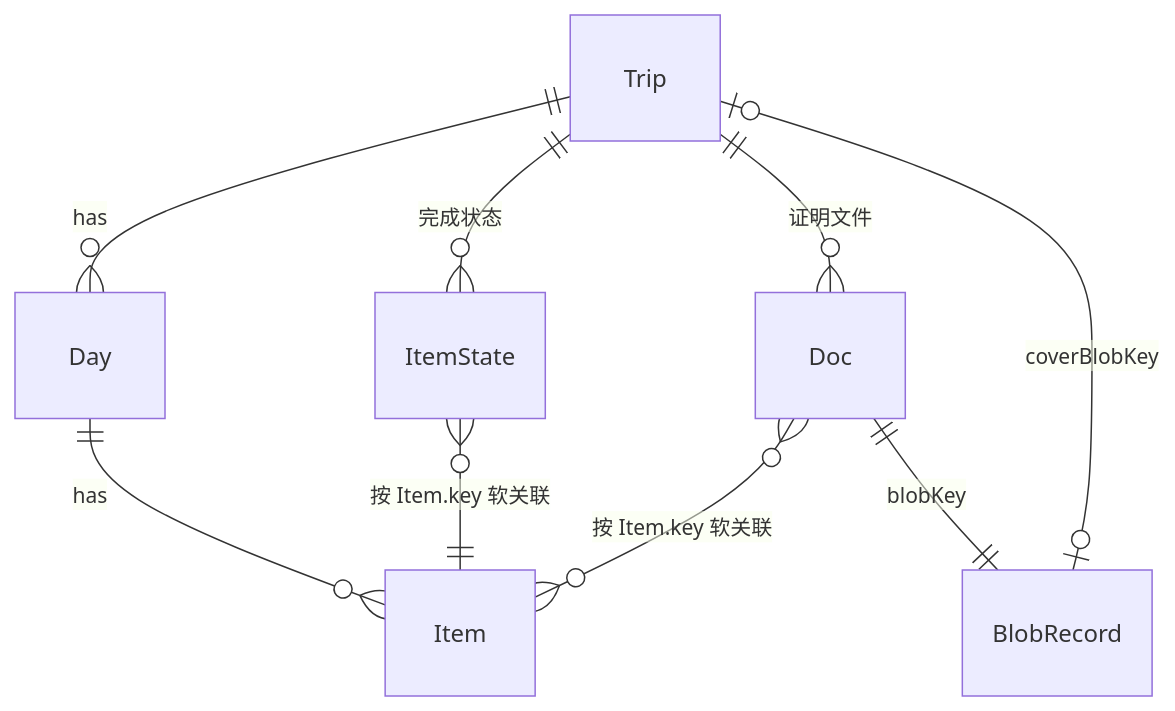
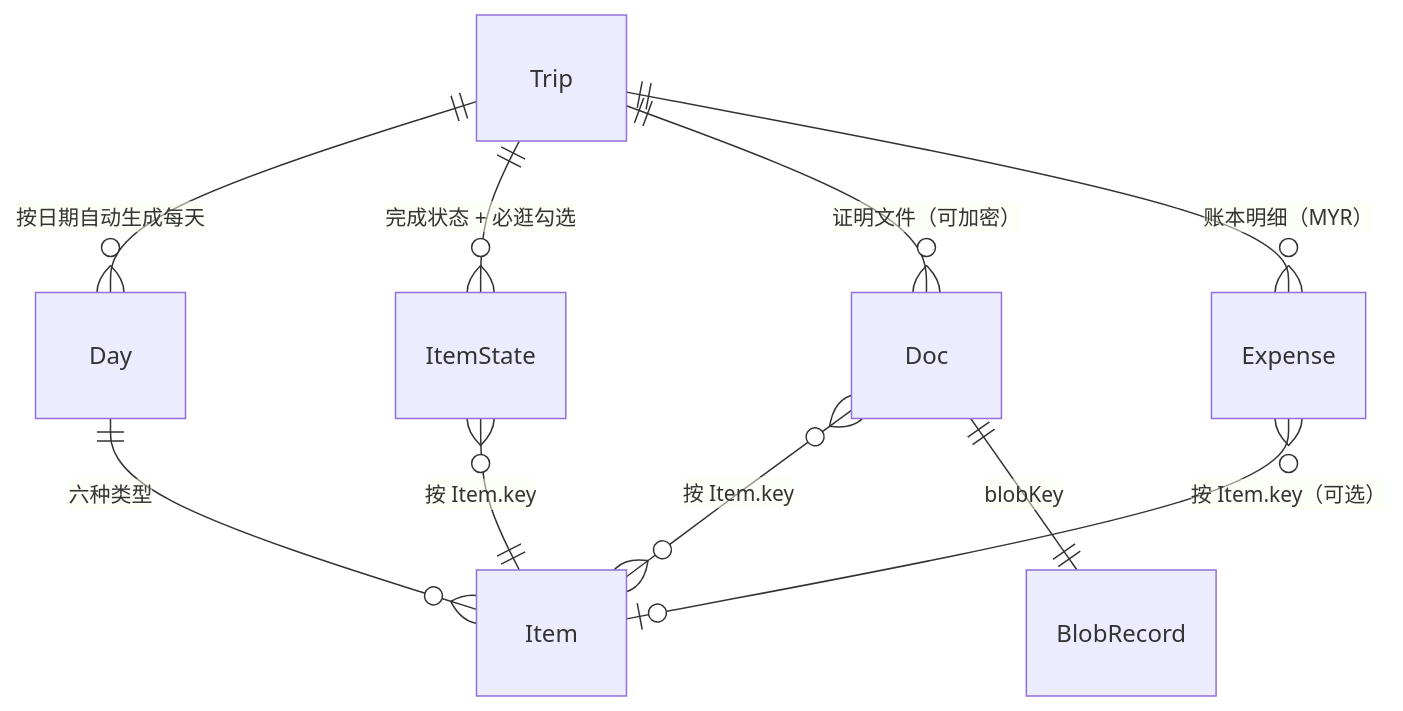
One commit to Nelsontan0410/travel-rundown changed the second of 3 diagrams in docs/architecture.md. Above: the diagram before and after it, drawn with Mermaid. The commit also changed other lines of this file and 44 other files, not shown here.

````diff
--- a/docs/architecture.md
+++ b/docs/architecture.md
@@ -19,11 +20,12 @@
 ```mermaid
 erDiagram
-  Trip ||--o{ Day : has
-  Day ||--o{ Item : has
-  Trip ||--o{ ItemState : "完成状态"
-  Trip ||--o{ Doc : "证明文件"
-  Doc }o--o{ Item : "按 Item.key 软关联"
-  ItemState }o--|| Item : "按 Item.key 软关联"
+  Trip ||--o{ Day : "按日期自动生成每天"
+  Day ||--o{ Item : "六种类型"
+  Trip ||--o{ ItemState : "完成状态 + 必逛勾选"
+  Trip ||--o{ Doc : "证明文件（可加密）"
+  Trip ||--o{ Expense : "账本明细（MYR）"
+  Doc }o--o{ Item : "按 Item.key"
+  ItemState }o--|| Item : "按 Item.key"
+  Expense }o--o| Item : "按 Item.key（可选）"
   Doc ||--|| BlobRecord : "blobKey"
-  Trip |o--o| BlobRecord : "coverBlobKey"
 ```
````
